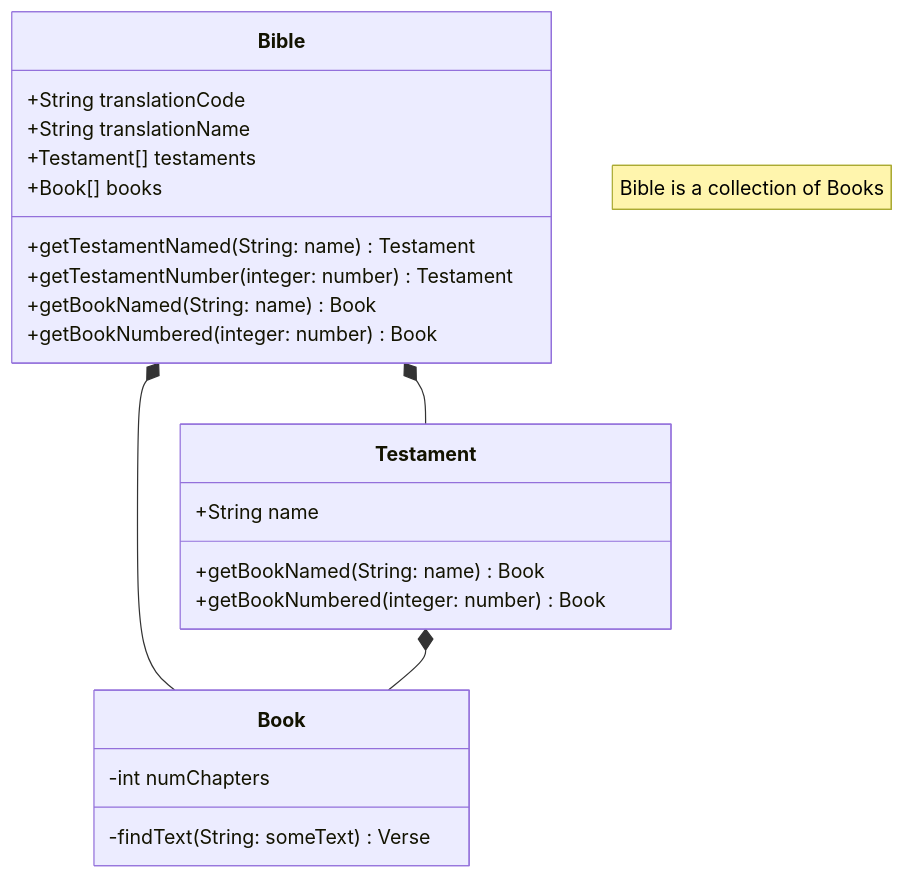
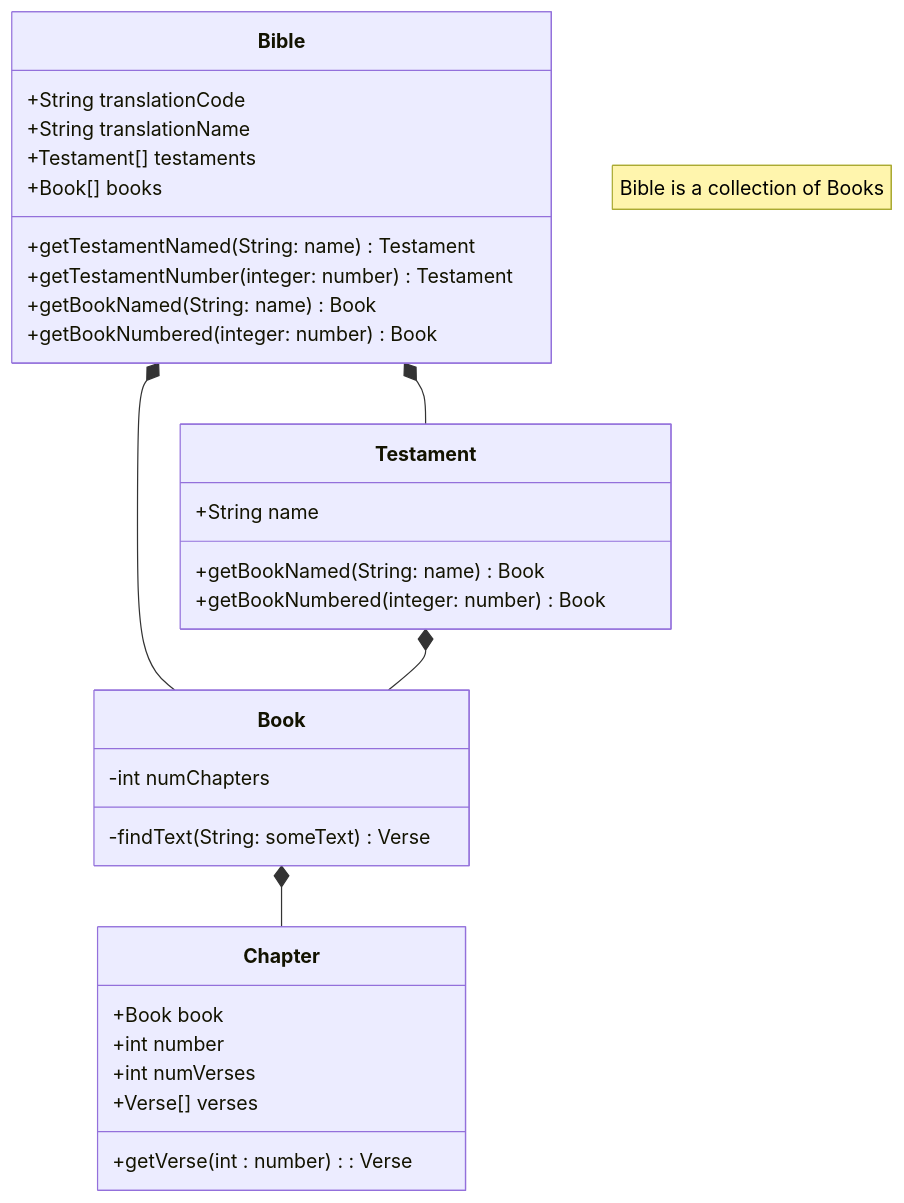
Before and after one commit to MichaelKentBurns/BibleModel: the diagram in DataModel.md, drawn with Mermaid. The commit also changed 8 other files, not shown here.

````diff
--- a/DataModel.md
+++ b/DataModel.md
@@ -12,30 +12,39 @@
 ```mermaid
 classDiagram
     note "Bible is a collection of Books"
    
     class Bible {
         +String translationCode
         +String translationName
         +Testament[] testaments
         +getTestamentNamed(String: name) Testament
         +getTestamentNumber(integer: number) Testament
         +Book[] books
         +getBookNamed(String: name) Book
         +getBookNumbered(integer: number) Book
     }
 
     Bible *-- Testament
     class Testament {
         +String name
         +getBookNamed(String: name) Book
         +getBookNumbered(integer: number) Book
     }
 
     Bible *-- Book 
     Testament *-- Book
     class Book {
         -int numChapters
         -findText( String: someText ) Verse
     }
+    Book *-- Chapter
+
+    class Chapter {
+        +Book book
+        +int number
+        +int numVerses
+        +Verse[] verses
+        +getVerse( int : number ) : Verse
+    }
 
 ```
````
